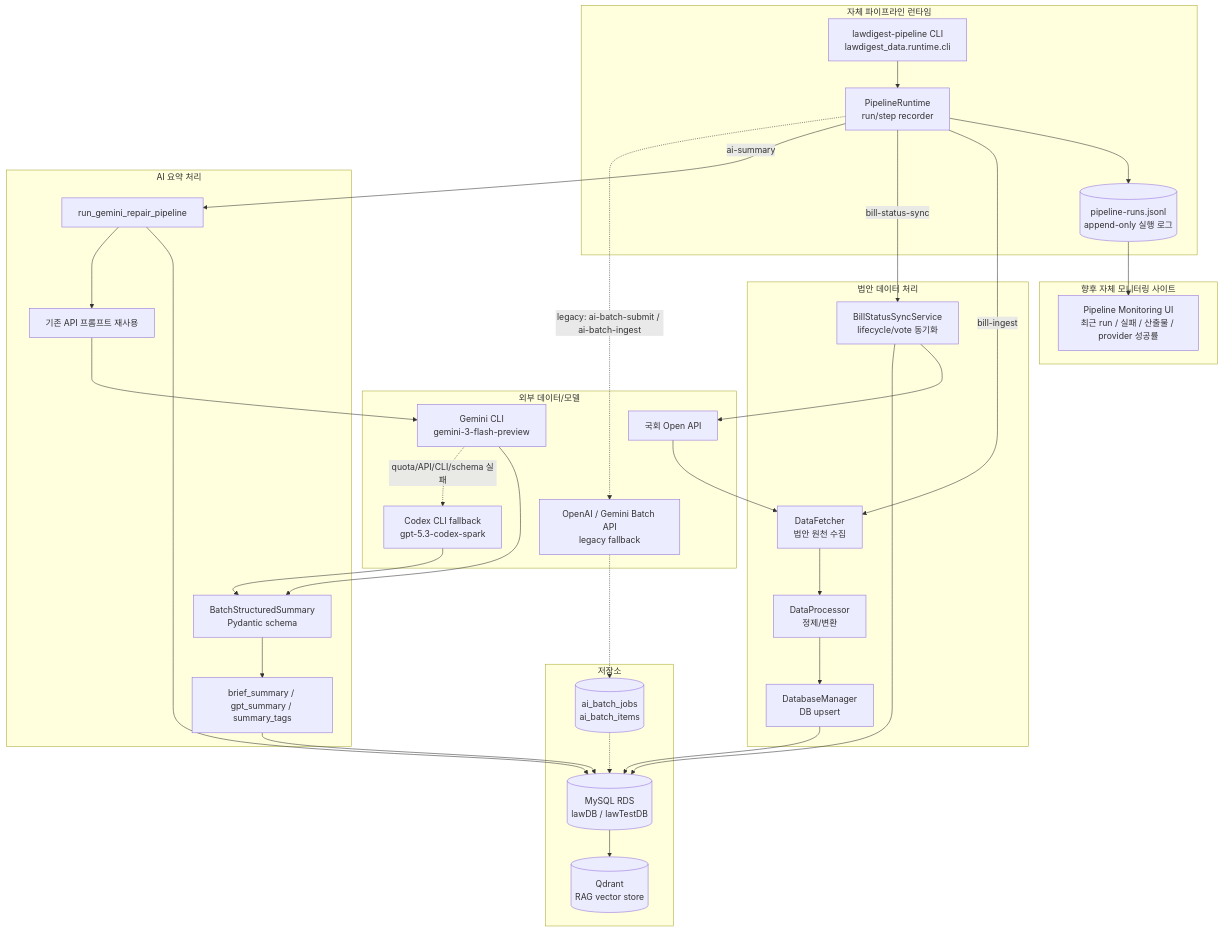
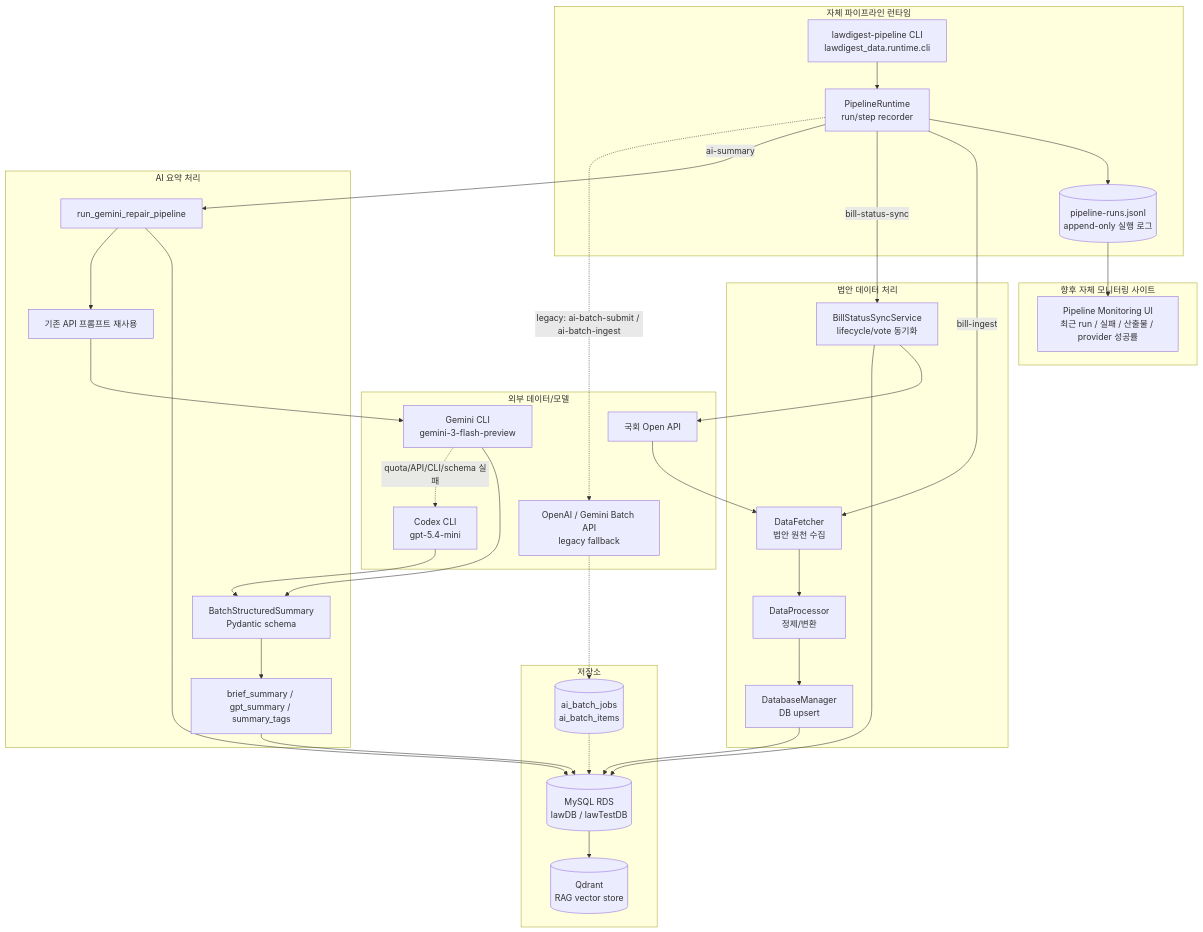
The first of 3 diagrams in docs/data/법안 데이터 파이프라인/pipeline_architecture.md (LawDigest/LawDigest), drawn with Mermaid before and after one commit. The commit also changed other lines of this file and 11 other files, not shown here.

Commit message:
fix: make codex cli default summary provider

````diff
--- a/docs/data/법안 데이터 파이프라인/pipeline_architecture.md
+++ b/docs/data/법안 데이터 파이프라인/pipeline_architecture.md
@@ -29,69 +29,69 @@
 ```mermaid
 flowchart TB
     subgraph External["외부 데이터/모델"]
         Assembly["국회 Open API"]
+        Codex["Codex CLI<br/>gpt-5.4-mini"]
         Gemini["Gemini CLI<br/>gemini-3-flash-preview"]
-        Codex["Codex CLI fallback<br/>gpt-5.3-codex-spark"]
         OpenAI["OpenAI / Gemini Batch API<br/>legacy fallback"]
     end
 
     subgraph Runtime["자체 파이프라인 런타임"]
         CLI["lawdigest-pipeline CLI<br/>lawdigest_data.runtime.cli"]
         RuntimeCore["PipelineRuntime<br/>run/step recorder"]
         Log[("pipeline-runs.jsonl<br/>append-only 실행 로그")]
     end
 
     subgraph DataPipeline["법안 데이터 처리"]
         Fetcher["DataFetcher<br/>법안 원천 수집"]
         Processor["DataProcessor<br/>정제/변환"]
         DBManager["DatabaseManager<br/>DB upsert"]
         StatusSync["BillStatusSyncService<br/>lifecycle/vote 동기화"]
     end
 
     subgraph AI["AI 요약 처리"]
         RepairPipeline["run_gemini_repair_pipeline"]
         Prompt["기존 API 프롬프트 재사용"]
         Schema["BatchStructuredSummary<br/>Pydantic schema"]
         SummaryCols["brief_summary / gpt_summary / summary_tags"]
     end
 
     subgraph Storage["저장소"]
         MySQL[("MySQL RDS<br/>lawDB / lawTestDB")]
         BatchTables[("ai_batch_jobs<br/>ai_batch_items")]
         Qdrant[("Qdrant<br/>RAG vector store")]
     end
 
     subgraph Monitoring["향후 자체 모니터링 사이트"]
         Monitor["Pipeline Monitoring UI<br/>최근 run / 실패 / 산출물 / provider 성공률"]
     end
 
     CLI --> RuntimeCore
     RuntimeCore --> Log
     Log --> Monitor
 
     RuntimeCore -->|"bill-ingest"| Fetcher
     Assembly --> Fetcher
     Fetcher --> Processor
     Processor --> DBManager
     DBManager --> MySQL
 
     RuntimeCore -->|"bill-status-sync"| StatusSync
     StatusSync --> Assembly
     StatusSync --> MySQL
 
     RuntimeCore -->|"ai-summary"| RepairPipeline
     RepairPipeline --> MySQL
     RepairPipeline --> Prompt
     Prompt --> Gemini
     Gemini --> Schema
     Gemini -. "quota/API/CLI/schema 실패" .-> Codex
     Codex --> Schema
     Schema --> SummaryCols
     SummaryCols --> MySQL
 
     RuntimeCore -. "legacy: ai-batch-submit / ai-batch-ingest" .-> OpenAI
     OpenAI -.-> BatchTables
     BatchTables -.-> MySQL
 
     MySQL --> Qdrant
 ```
````
